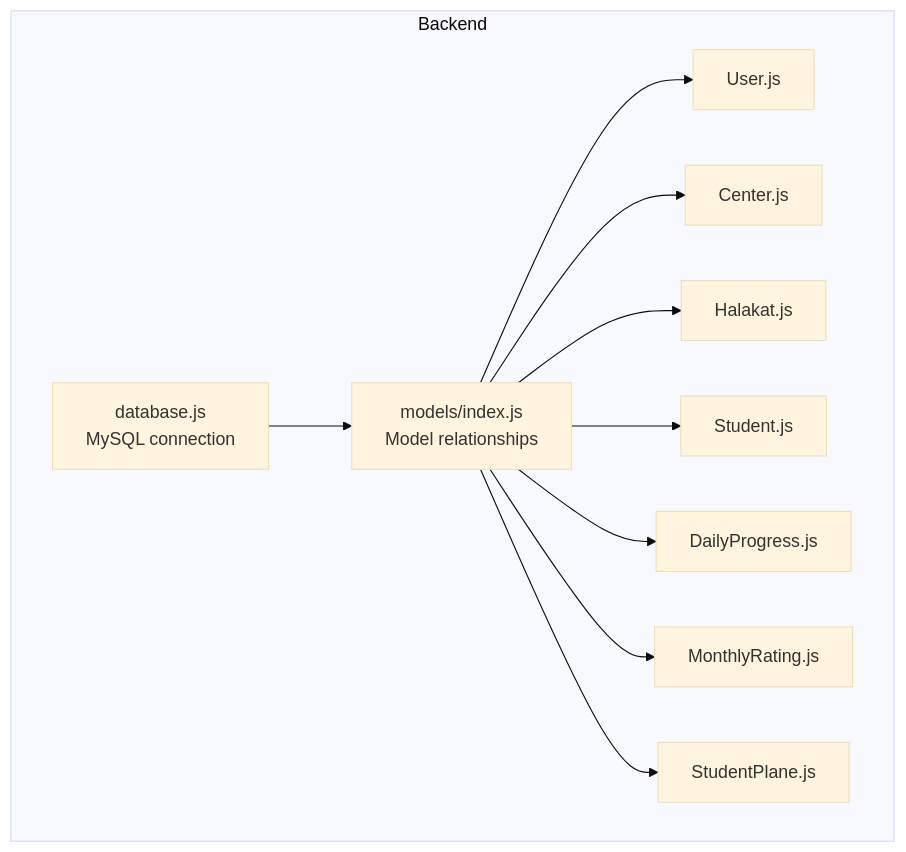
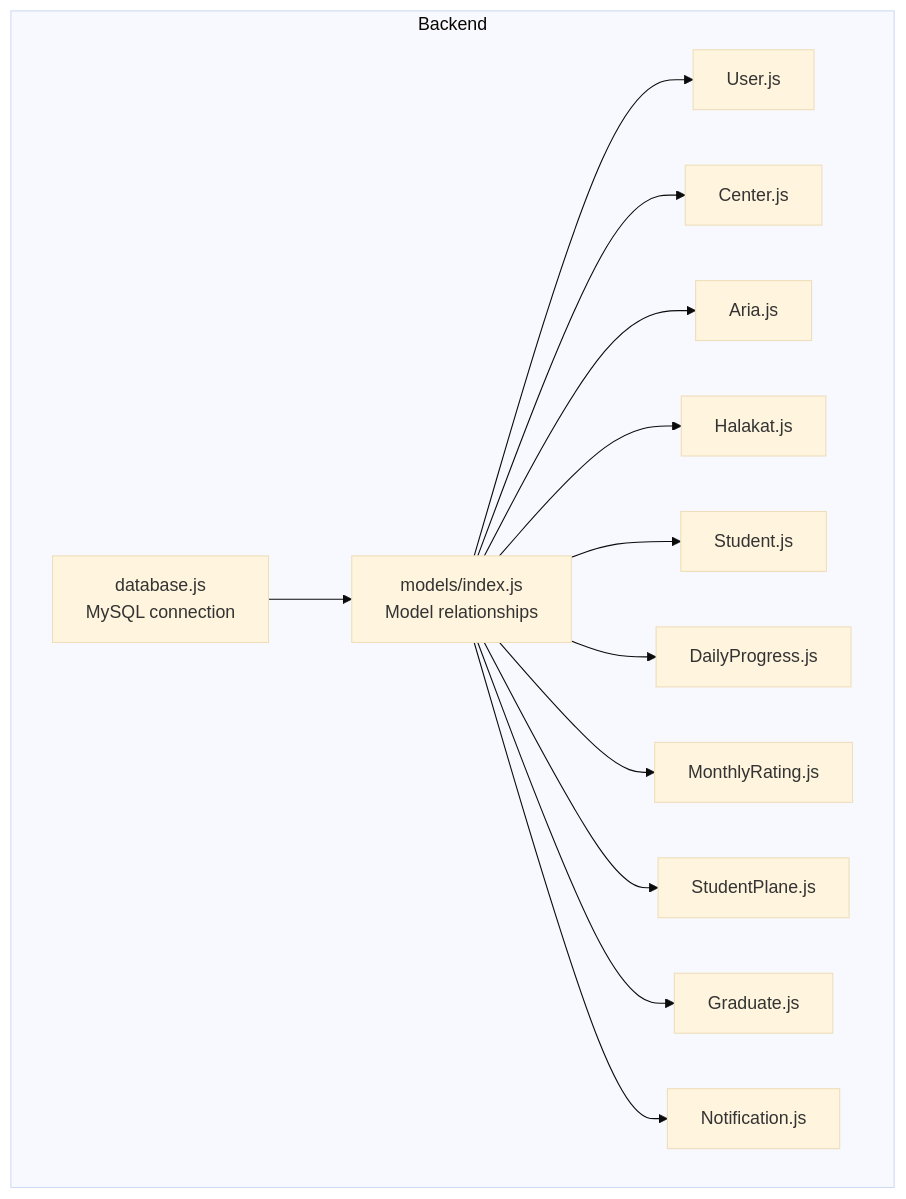
One commit to Mreng78/khirocom_project changed the first of 5 diagrams in .qoder/repowiki/en/content/Database Design/Database Design.md. Above: the diagram before and after it, drawn with Mermaid (base theme). The commit also changed other lines of this file and 13 other files, not shown here.

````diff
--- a/.qoder/repowiki/en/content/Database Design/Database Design.md
+++ b/.qoder/repowiki/en/content/Database Design/Database Design.md
@@ -35,22 +47,28 @@
 ```mermaid
 graph TB
 subgraph "Backend"
 CFG["database.js<br/>MySQL connection"]
 MODELS["models/index.js<br/>Model relationships"]
 U["User.js"]
 C["Center.js"]
+AR["Aria.js"]
 H["Halakat.js"]
 S["Student.js"]
 DP["DailyProgress.js"]
 MR["MonthlyRating.js"]
 SP["StudentPlane.js"]
+G["Graduate.js"]
+N["Notification.js"]
 end
 CFG --> MODELS
 MODELS --> U
 MODELS --> C
+MODELS --> AR
 MODELS --> H
 MODELS --> S
 MODELS --> DP
 MODELS --> MR
 MODELS --> SP
+MODELS --> G
+MODELS --> N
 ```
````
